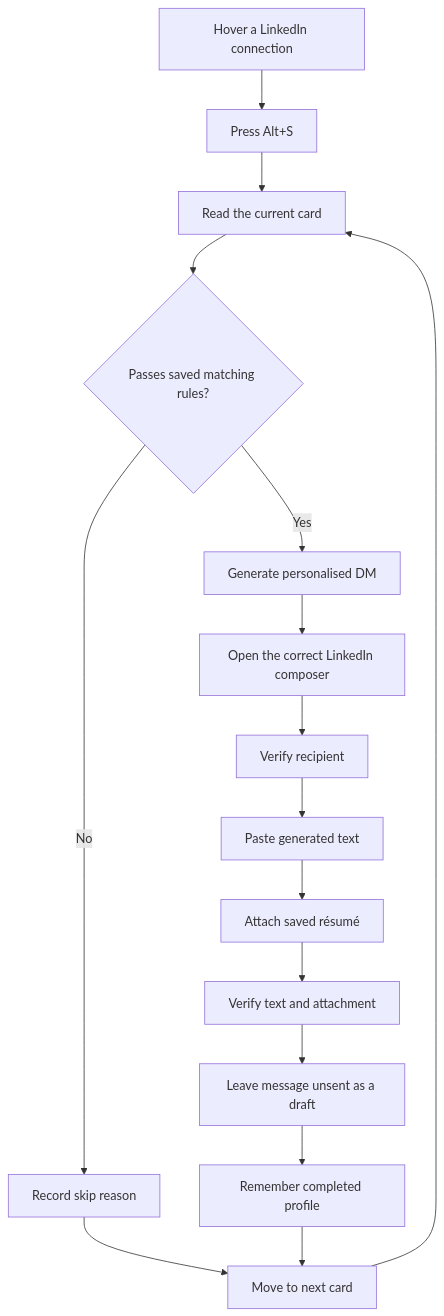
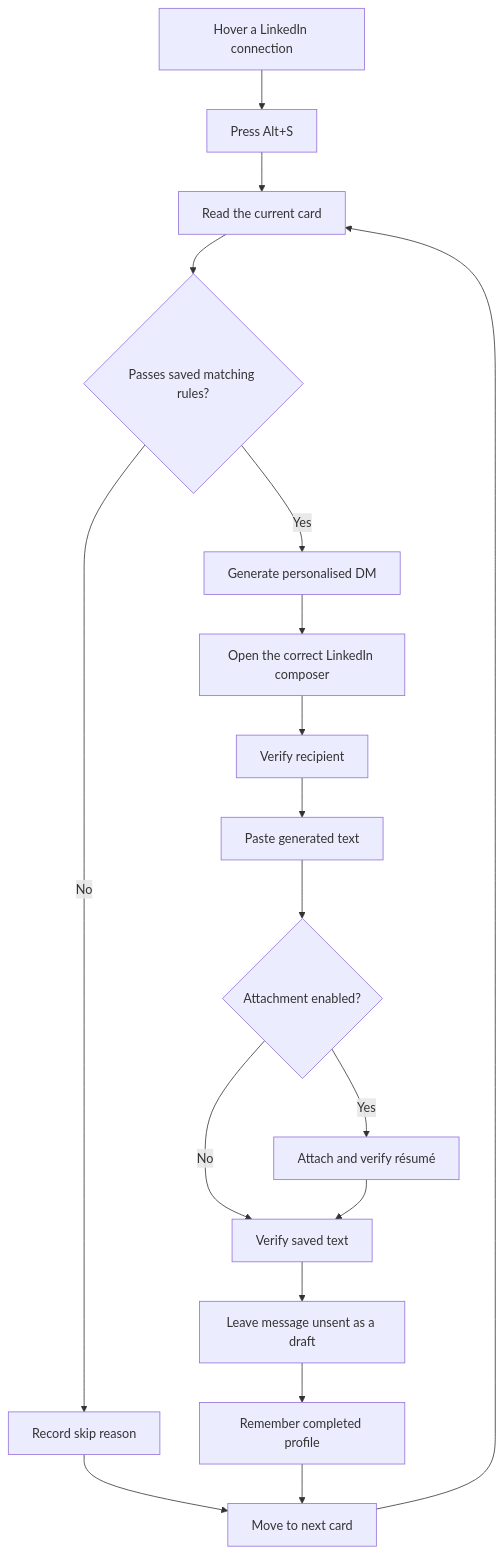
One commit to anamta-JINX/IceBreaker-YourWingmanForLinkedIn changed the first of 2 diagrams in README.md. Above: the diagram before and after it, drawn with Mermaid. The commit also changed other lines of this file and 36 other files, not shown here.

````diff
--- a/README.md
+++ b/README.md
@@ -113,18 +113,20 @@
 ```mermaid
 flowchart TD
     A[Hover a LinkedIn connection] --> B[Press Alt+S]
     B --> C[Read the current card]
     C --> D{Passes saved matching rules?}
     D -->|No| E[Record skip reason]
-    E --> N[Move to next card]
+    E --> O[Move to next card]
     D -->|Yes| F[Generate personalised DM]
     F --> G[Open the correct LinkedIn composer]
     G --> H[Verify recipient]
     H --> I[Paste generated text]
-    I --> J[Attach saved résumé]
-    J --> K[Verify text and attachment]
-    K --> L[Leave message unsent as a draft]
-    L --> M[Remember completed profile]
-    M --> N
-    N --> C
+    I --> J{Attachment enabled?}
+    J -->|Yes| K[Attach and verify résumé]
+    J -->|No| L[Verify saved text]
+    K --> L
+    L --> M[Leave message unsent as a draft]
+    M --> N[Remember completed profile]
+    N --> O
+    O --> C
 ```
````
